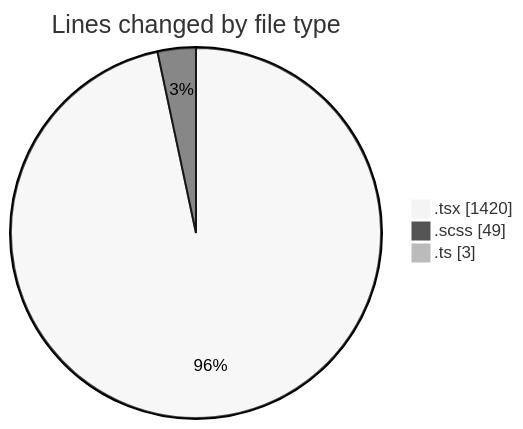
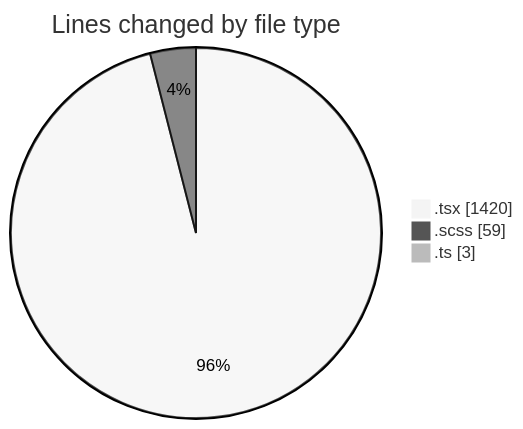
One commit to momahboobian/code-tracking changed the first of 2 diagrams in 2026-09-04/cda/README.md. Above: the diagram before and after it, drawn with Mermaid (neutral theme). The commit also changed other lines of this file and 1 other file, not shown here.

````diff
--- a/2026-09-04/cda/README.md
+++ b/2026-09-04/cda/README.md
@@ -33,7 +34,7 @@
 ```mermaid
 pie showData
 title Lines changed by file type
 ".tsx" : 1420
-".scss" : 49
+".scss" : 59
 ".ts" : 3
 ```
````
